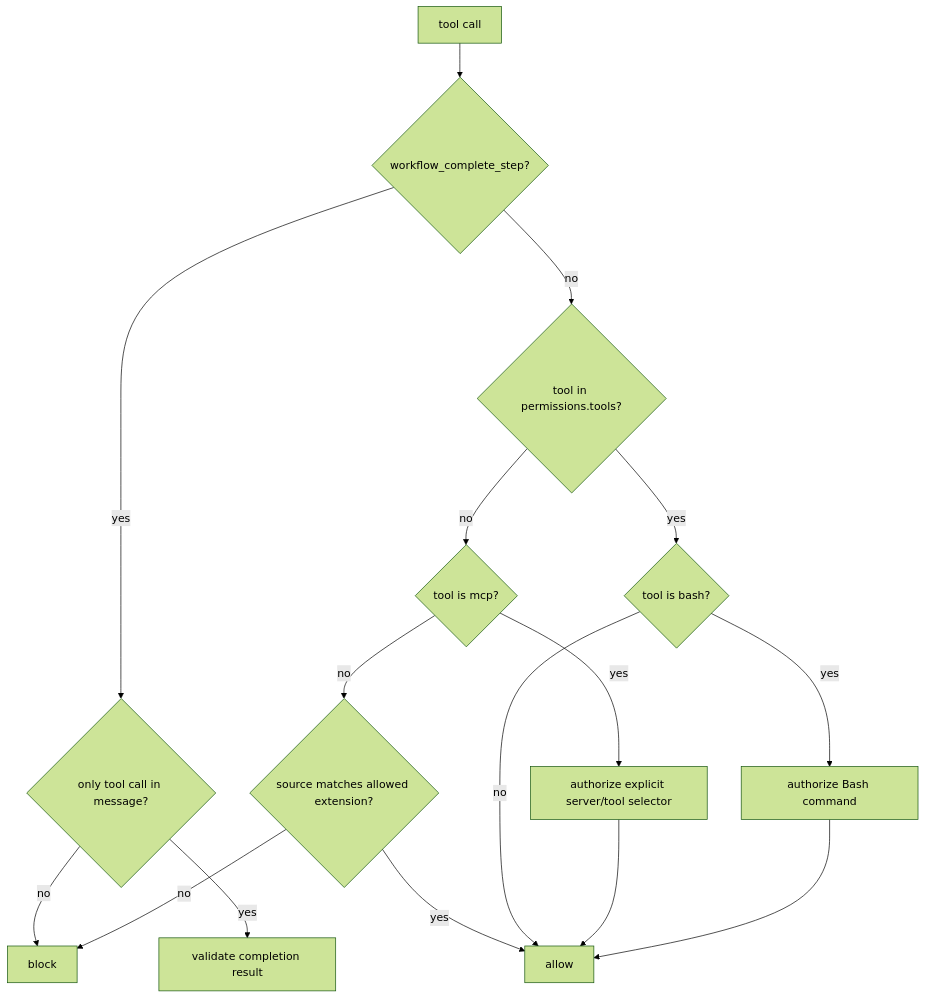
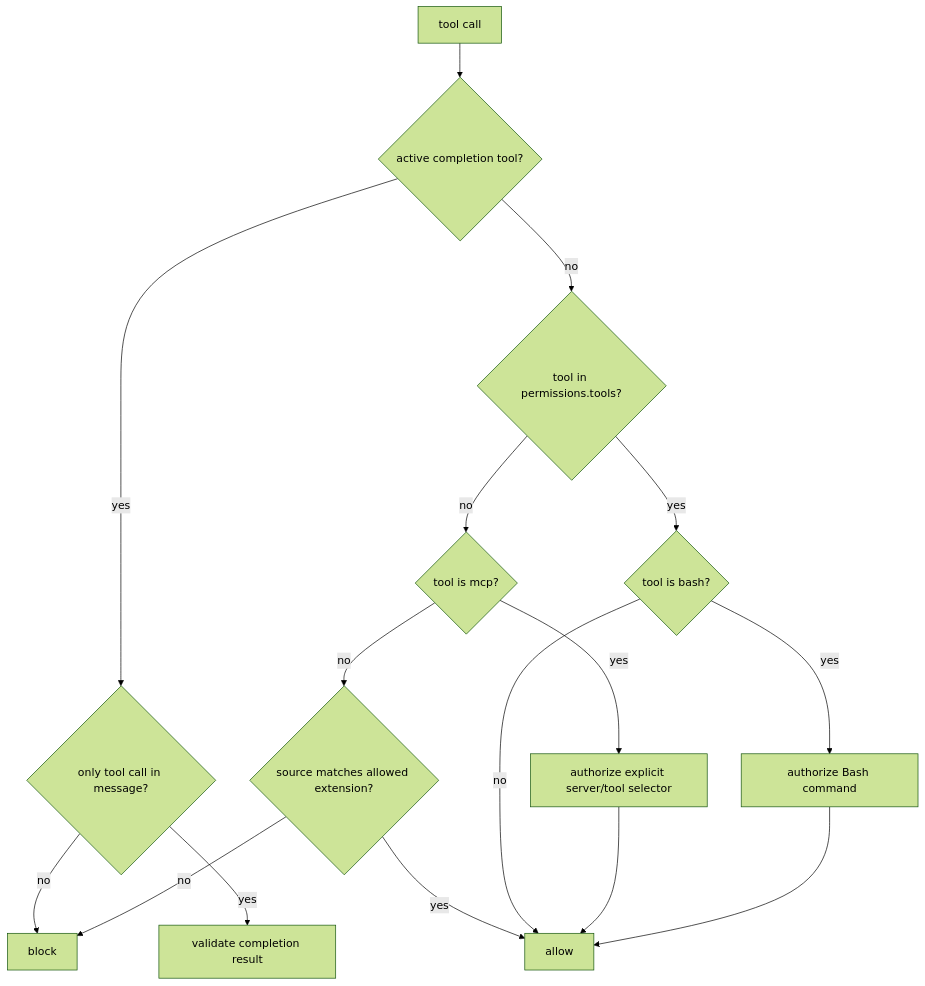
The fourth of 7 diagrams in openwiki/security/policy-model.md (wichayutdew/pi-workflows), drawn with Mermaid (forest theme) before and after one commit. The commit also changed other lines of this file and 57 other files, not shown here.

````diff
--- a/openwiki/security/policy-model.md
+++ b/openwiki/security/policy-model.md
@@ -62,19 +62,19 @@
 ```mermaid
 flowchart TD
-  Call[tool call] --> Completion{workflow_complete_step?}
+  Call[tool call] --> Completion{active completion tool?}
   Completion -- yes --> Batch{only tool call in message?}
   Batch -- no --> Block[block]
   Batch -- yes --> Complete[validate completion result]
 
   Completion -- no --> Exact{tool in permissions.tools?}
   Exact -- yes --> Bash{tool is bash?}
   Exact -- no --> MCP{tool is mcp?}
   MCP -- yes --> MCPAuth[authorize explicit server/tool selector]
   MCP -- no --> Extension{source matches allowed extension?}
   Extension -- yes --> Allow[allow]
   Extension -- no --> Block
   Bash -- yes --> BashAuth[authorize Bash command]
   Bash -- no --> Allow
   MCPAuth --> Allow
   BashAuth --> Allow
 ```
````
